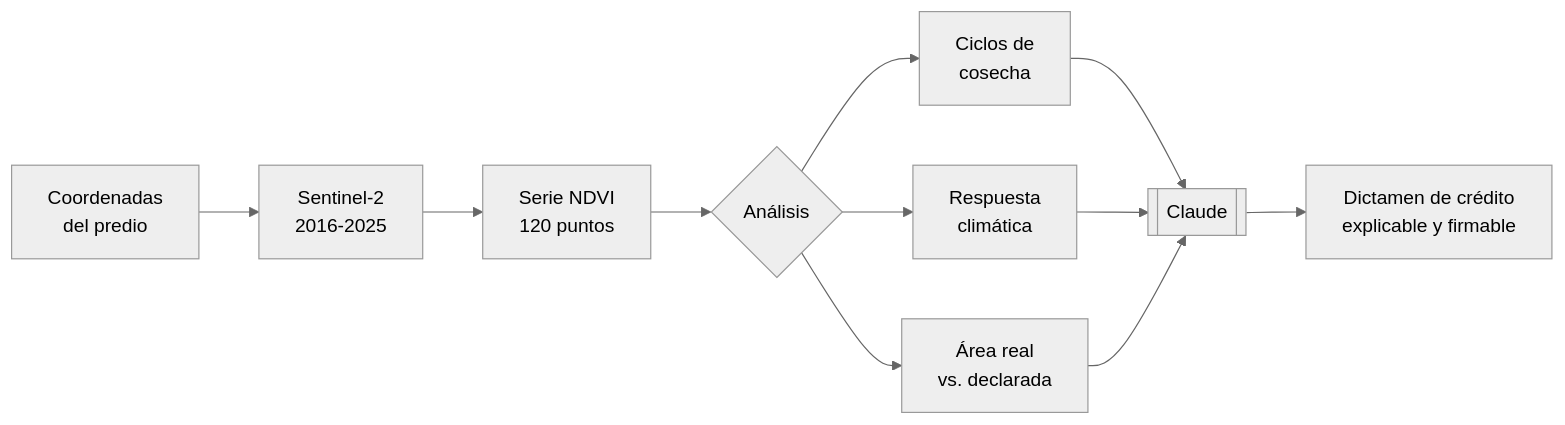
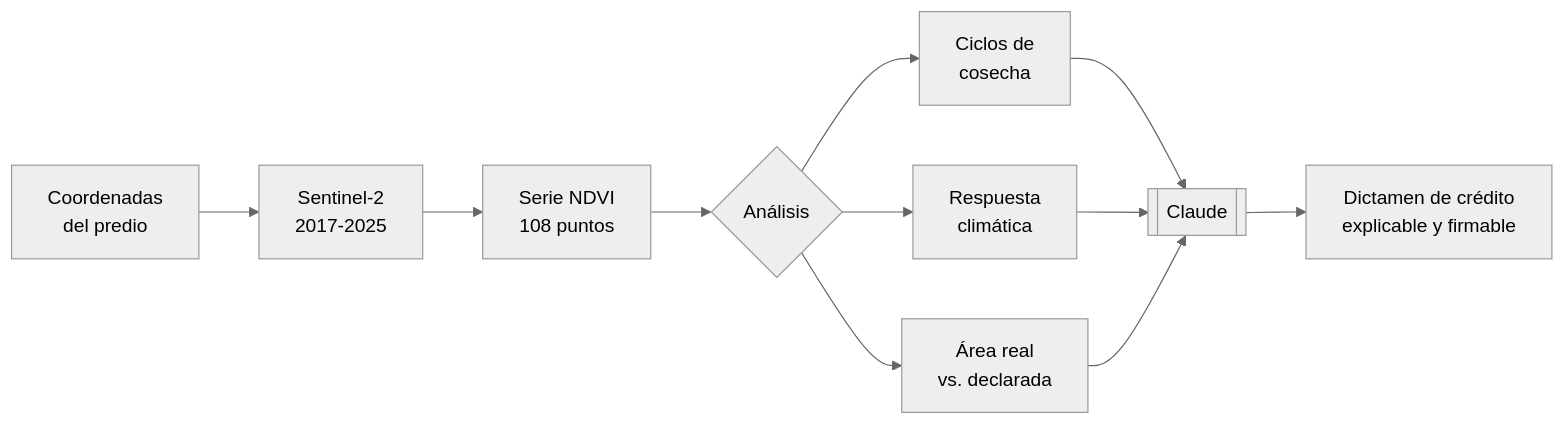
The diagram in README.md (laurodriguez2016-cmd/seedllite-ctw2026), drawn with Mermaid (neutral theme) before and after one commit. The commit also changed other lines of this file and 10 other files, not shown here.

````diff
--- a/README.md
+++ b/README.md
@@ -39,13 +39,13 @@
 ```mermaid
 flowchart LR
-    A[Coordenadas<br/>del predio] --> B[Sentinel-2<br/>2016-2025]
-    B --> C[Serie NDVI<br/>120 puntos]
+    A[Coordenadas<br/>del predio] --> B[Sentinel-2<br/>2017-2025]
+    B --> C[Serie NDVI<br/>108 puntos]
     C --> D{Análisis}
     D --> E[Ciclos de<br/>cosecha]
     D --> F[Respuesta<br/>climática]
     D --> G[Área real<br/>vs. declarada]
     E --> H[[Claude]]
     F --> H
     G --> H
     H --> I[Dictamen de crédito<br/>explicable y firmable]
 ```
````
